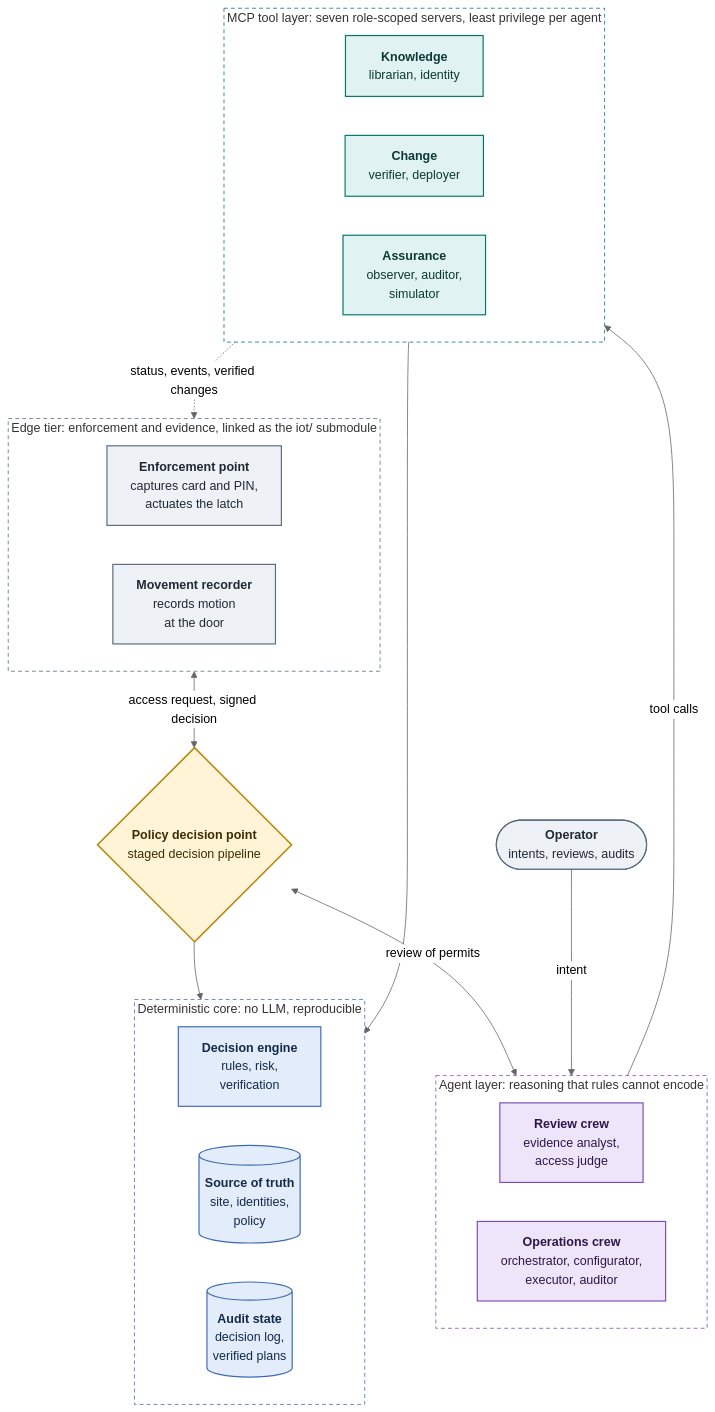
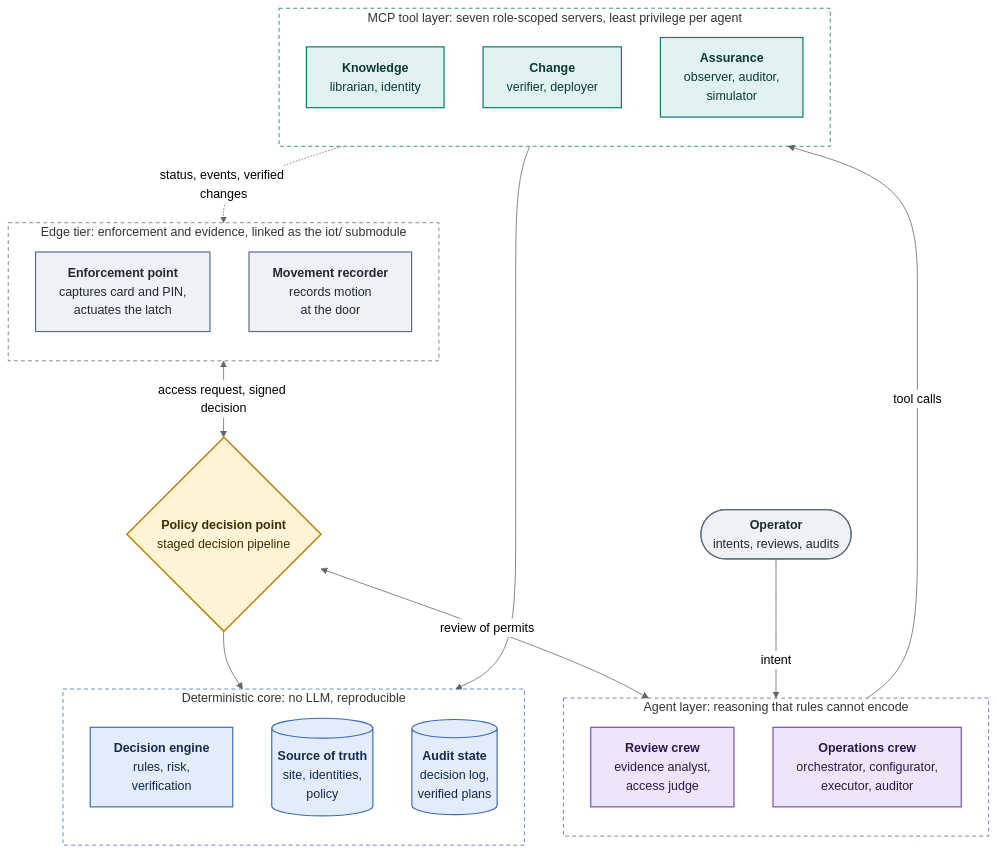
Before and after one commit to CICTHackathon/llm-access: the first of 3 diagrams in README.md, drawn with Mermaid (neutral theme).

Commit message:
docs: lay out architecture groups side by side
The architecture groups have no edges between their boxes, so direction LR
put every box on one rank and stacked them vertically. Use direction TB so
same-rank boxes sit side by side and fill each group's width.

````diff
--- a/README.md
+++ b/README.md
@@ -50,55 +50,55 @@
 ```mermaid
 flowchart TB
     OP(["<b>Operator</b><br/>intents, reviews, audits"])
 
     subgraph EDGE["Edge tier: enforcement and evidence, linked as the iot/ submodule"]
-        direction LR
+        direction TB
         PEP["<b>Enforcement point</b><br/>captures card and PIN,<br/>actuates the latch"]
         REC["<b>Movement recorder</b><br/>records motion<br/>at the door"]
     end
 
     PDP{"<b>Policy decision point</b><br/>staged decision pipeline"}
 
     subgraph AGENTS["Agent layer: reasoning that rules cannot encode"]
-        direction LR
+        direction TB
         REV["<b>Review crew</b><br/>evidence analyst,<br/>access judge"]
         OPS["<b>Operations crew</b><br/>orchestrator, configurator,<br/>executor, auditor"]
     end
 
     subgraph TOOLS["MCP tool layer: seven role-scoped servers, least privilege per agent"]
-        direction LR
+        direction TB
         KNOW["<b>Knowledge</b><br/>librarian, identity"]
         CHANGE["<b>Change</b><br/>verifier, deployer"]
         ASSURE["<b>Assurance</b><br/>observer, auditor,<br/>simulator"]
     end
 
     subgraph CORE["Deterministic core: no LLM, reproducible"]
-        direction LR
+        direction TB
         ENG["<b>Decision engine</b><br/>rules, risk,<br/>verification"]
         SOT[("<b>Source of truth</b><br/>site, identities,<br/>policy")]
         AUD[("<b>Audit state</b><br/>decision log,<br/>verified plans")]
     end
 
     EDGE <-->|access request, signed decision| PDP
     PDP <-->|review of permits| AGENTS
     OP -->|intent| AGENTS
     AGENTS -->|tool calls| TOOLS
     PDP --> CORE
     TOOLS --> CORE
     TOOLS -.->|status, events, verified changes| EDGE
 
     classDef edge fill:#eef1f5,stroke:#5b6b80,color:#1f2933,stroke-width:1.5px
     classDef pdp fill:#fff4d6,stroke:#b8860b,color:#3d2c00,stroke-width:2px
     classDef agent fill:#efe5fb,stroke:#7a4fb5,color:#2c1748,stroke-width:1.5px
     classDef tool fill:#e0f2f1,stroke:#00796b,color:#0b3a35,stroke-width:1.5px
     classDef core fill:#e3ecfa,stroke:#3d6bb3,color:#132a4a,stroke-width:1.5px
     class OP,PEP,REC edge
     class PDP pdp
     class REV,OPS agent
     class KNOW,CHANGE,ASSURE tool
     class ENG,SOT,AUD core
     style EDGE fill:transparent,stroke:#5b6b80,stroke-dasharray:5 4
     style AGENTS fill:transparent,stroke:#7a4fb5,stroke-dasharray:5 4
     style TOOLS fill:transparent,stroke:#00796b,stroke-dasharray:5 4
     style CORE fill:transparent,stroke:#3d6bb3,stroke-dasharray:5 4
 ```
````
